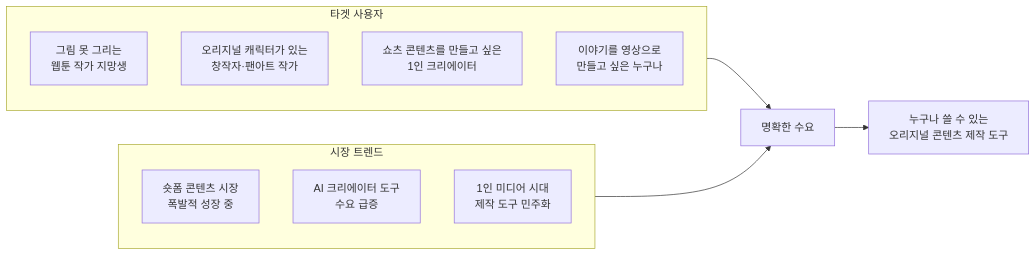
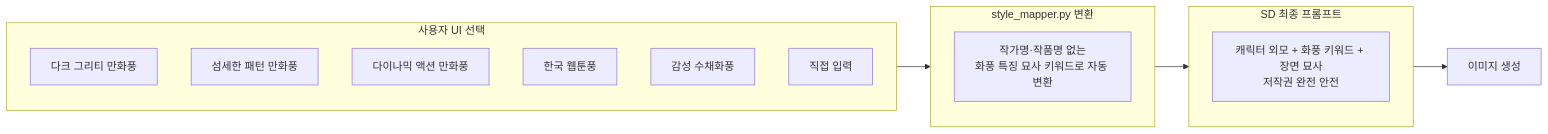
One commit to Userlsj-project/storyforge changed the fifth of 7 diagrams in README.md. Above: the diagram before and after it, drawn with Mermaid. The commit also changed other lines of this file, not shown here.

````diff
--- a/README.md
+++ b/README.md
@@ -219,19 +138,21 @@
 ```mermaid
 flowchart LR
-    subgraph 타겟_사용자 [타겟 사용자]
-        U1[그림 못 그리는\n웹툰 작가 지망생]
-        U2[오리지널 캐릭터가 있는\n창작자·팬아트 작가]
-        U3[쇼츠 콘텐츠를 만들고 싶은\n1인 크리에이터]
-        U4[이야기를 영상으로\n만들고 싶은 누구나]
+    subgraph UI_선택 [사용자 UI 선택]
+        U1[다크 그리티 만화풍]
+        U2[섬세한 패턴 만화풍]
+        U3[다이나믹 액션 만화풍]
+        U4[한국 웹툰풍]
+        U5[감성 수채화풍]
+        U6[직접 입력]
     end
 
-    subgraph 시장_트렌드 [시장 트렌드]
-        T1[숏폼 콘텐츠 시장\n폭발적 성장 중]
-        T2[AI 크리에이터 도구\n수요 급증]
-        T3[1인 미디어 시대\n제작 도구 민주화]
+    subgraph 변환 [style_mapper.py 변환]
+        M[작가명·작품명 없는\n화풍 특징 묘사 키워드로 자동 변환]
     end
 
-    타겟_사용자 --> 수요확인[명확한 수요]
-    시장_트렌드 --> 수요확인
-    수요확인 --> 결론[누구나 쓸 수 있는\n오리지널 콘텐츠 제작 도구]
+    subgraph SD_프롬프트 [SD 최종 프롬프트]
+        P[캐릭터 외모 + 화풍 키워드 + 장면 묘사\n저작권 완전 안전]
+    end
+
+    UI_선택 --> 변환 --> SD_프롬프트 --> R[이미지 생성]
 ```
````
